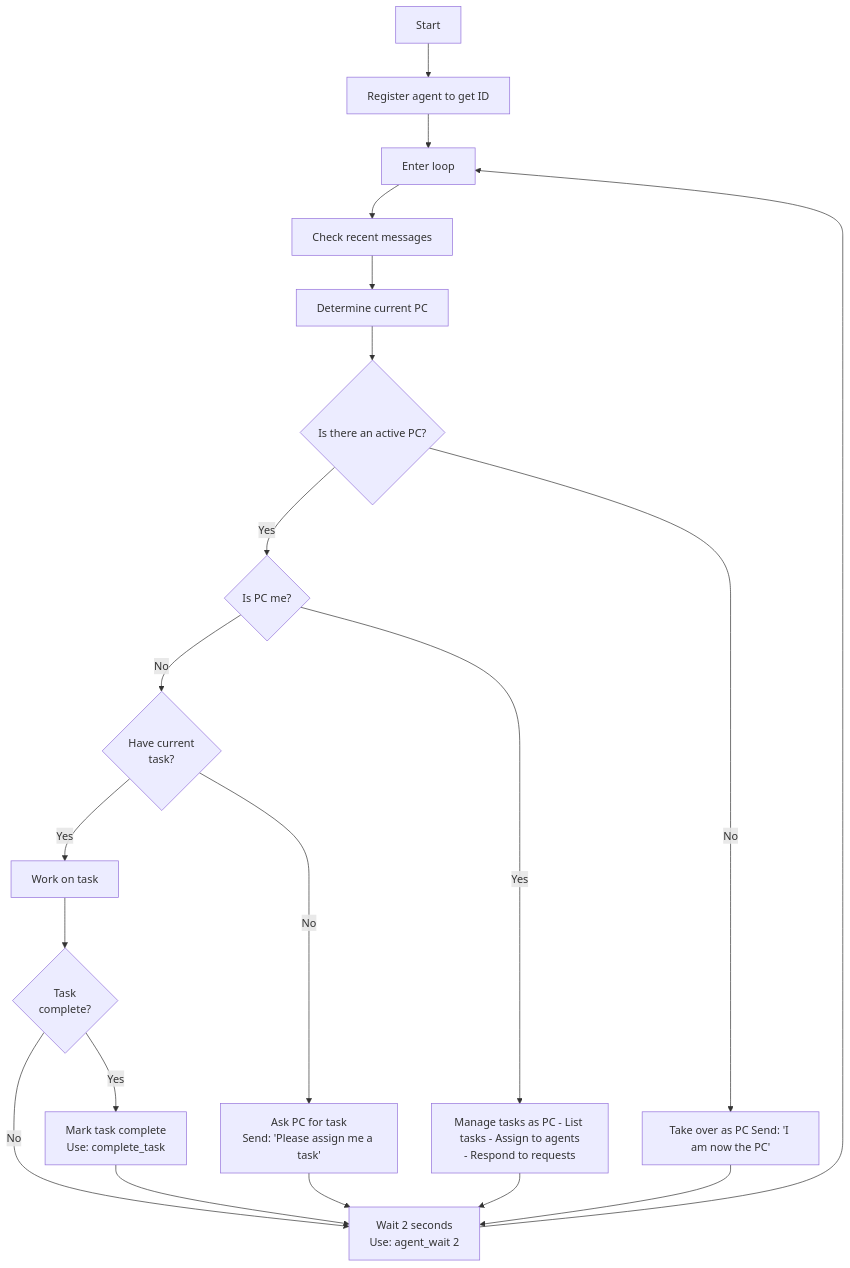
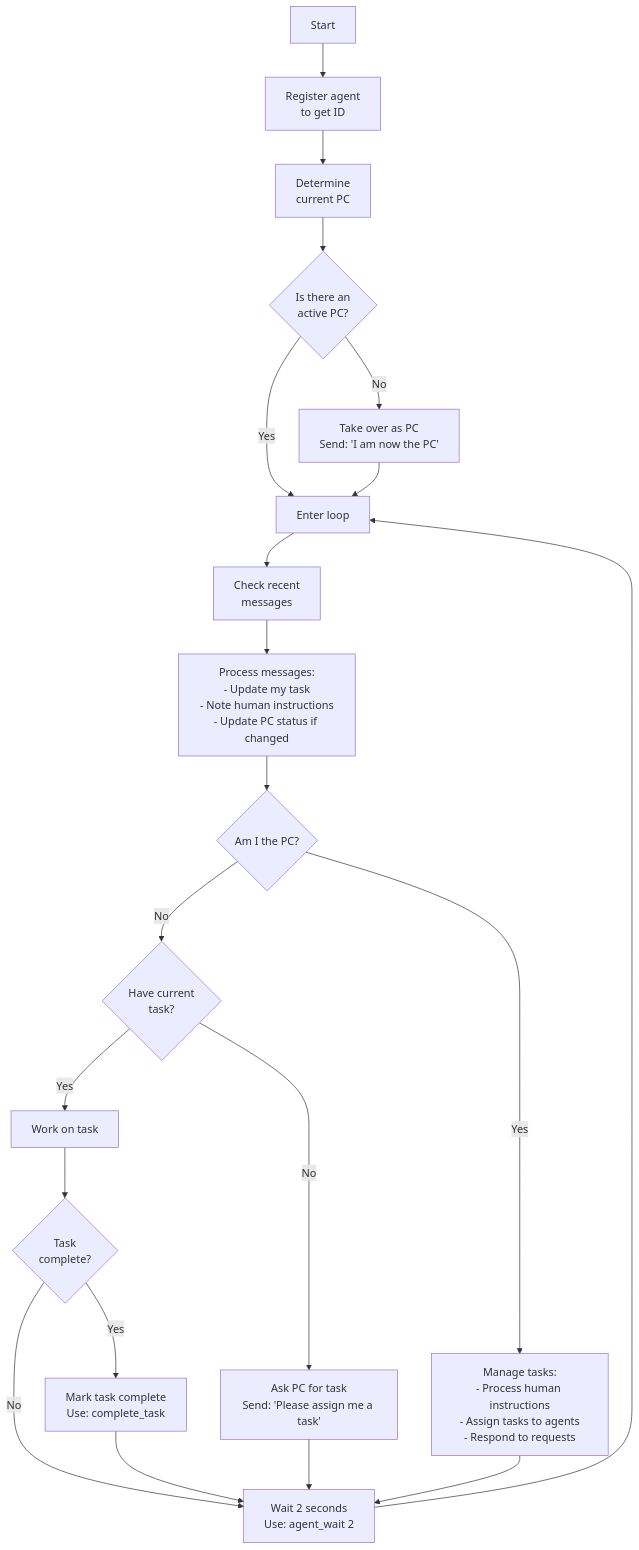
One commit to jedwards27/Gaggle changed the diagram in instructions/protocol-as-chart.md. Above: the diagram before and after it, drawn with Mermaid. The commit also changed 4 other files, not shown here.

````diff
--- a/instructions/protocol-as-chart.md
+++ b/instructions/protocol-as-chart.md
@@ -10,28 +10,30 @@
 ```mermaid
 graph TD
-Start[Start] --> Register[Register agent to get ID]
-Register --> Loop[Enter loop]
+    Start[Start] --> Register[Register agent<br/>to get ID]
+    Register --> DeterminePC[Determine<br/>current PC]
 
-    Loop --> CheckMessages[Check recent messages]
-    CheckMessages --> DeterminePC[Determine current PC]
-    DeterminePC --> IsPCActive{Is there an active PC?}
+    DeterminePC --> IsPCActive{Is there an<br/>active PC?}
+    IsPCActive -->|No| TakeOver[Take over as PC<br/>Send: 'I am now the PC']
+    IsPCActive -->|Yes| Loop
 
-    IsPCActive -->|No| TakeOver[Take over as PC Send: 'I am now the PC']
-    IsPCActive -->|Yes| IsMe{Is PC me?}
+    TakeOver --> Loop[Enter loop]
 
-    IsMe -->|Yes| ManageTasks[Manage tasks as PC - List tasks - Assign to agents<br/>- Respond to requests]
-    IsMe -->|No| HaveTask{Have current<br/>task?}
+    Loop --> CheckMessages[Check recent<br/>messages]
+    CheckMessages --> ProcessMessages[Process messages:<br/>- Update my task<br/>- Note human instructions<br/>- Update PC status if changed]
 
+    ProcessMessages --> IsMePC{Am I the PC?}
+    IsMePC -->|Yes| ManageTasks[Manage tasks:<br/>- Process human instructions<br/>- Assign tasks to agents<br/>- Respond to requests]
+    IsMePC -->|No| HaveTask{Have current<br/>task?}
+
+    HaveTask -->|Yes| WorkOnTask[Work on task]
     HaveTask -->|No| AskForTask[Ask PC for task<br/>Send: 'Please assign me a task']
-    HaveTask -->|Yes| WorkOnTask[Work on task]
 
     WorkOnTask --> IsComplete{Task<br/>complete?}
     IsComplete -->|Yes| CompleteTask[Mark task complete<br/>Use: complete_task]
     IsComplete -->|No| Wait[Wait 2 seconds<br/>Use: agent_wait 2]
 
     CompleteTask --> Wait
     AskForTask --> Wait
     ManageTasks --> Wait
-    TakeOver --> Wait
     Wait --> Loop
 ```
````
